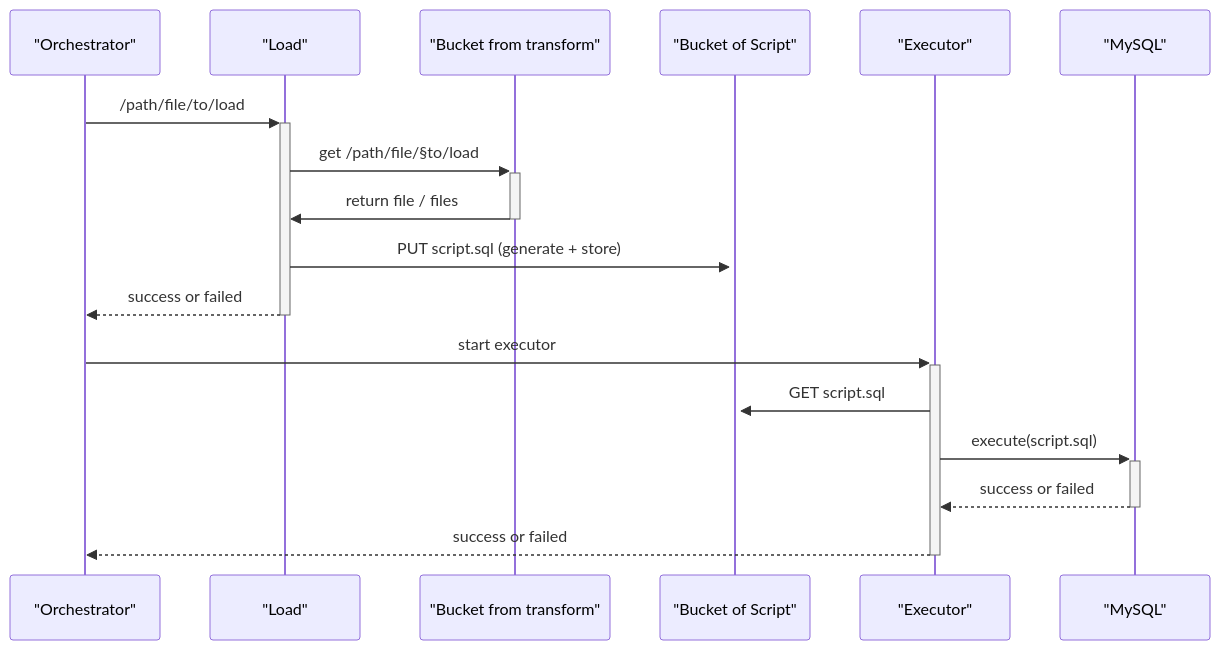
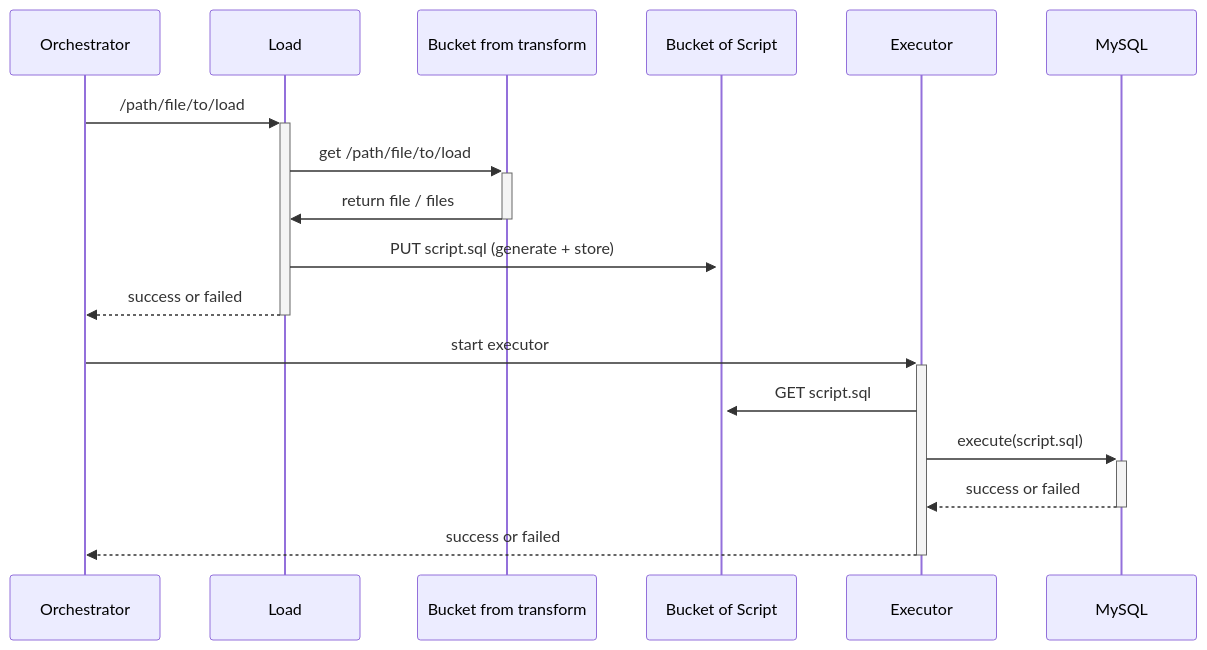
One commit to CPNV-ES-BI-RIA-PROJECT/RIA2-Load changed the diagram in README.md. Above: the diagram before and after it, drawn with Mermaid.

````diff
--- a/README.md
+++ b/README.md
@@ -53,21 +53,21 @@
 ```mermaid
 sequenceDiagram
-    participant O as "Orchestrator"
-    participant L as "Load"
-    participant B as "Bucket from transform"
-    participant BS as "Bucket of Script"
-    participant E as "Executor"
-    participant M as "MySQL"
+    participant O as Orchestrator
+    participant L as Load
+    participant B as Bucket from transform
+    participant BS as Bucket of Script
+    participant E as Executor
+    participant M as MySQL
 
     O->>+L: /path/file/to/load
-    L->>+B: get /path/file/§to/load
+    L->>+B: get /path/file/to/load
     B->>-L: return file / files
     L->>+BS: PUT script.sql (generate + store)
     L-->>-O: success or failed
 
     O->>+E: start executor
     E->>+BS: GET script.sql
     E->>+M: execute(script.sql)
     M-->>-E: success or failed
     E-->>-O: success or failed
 ```
````
